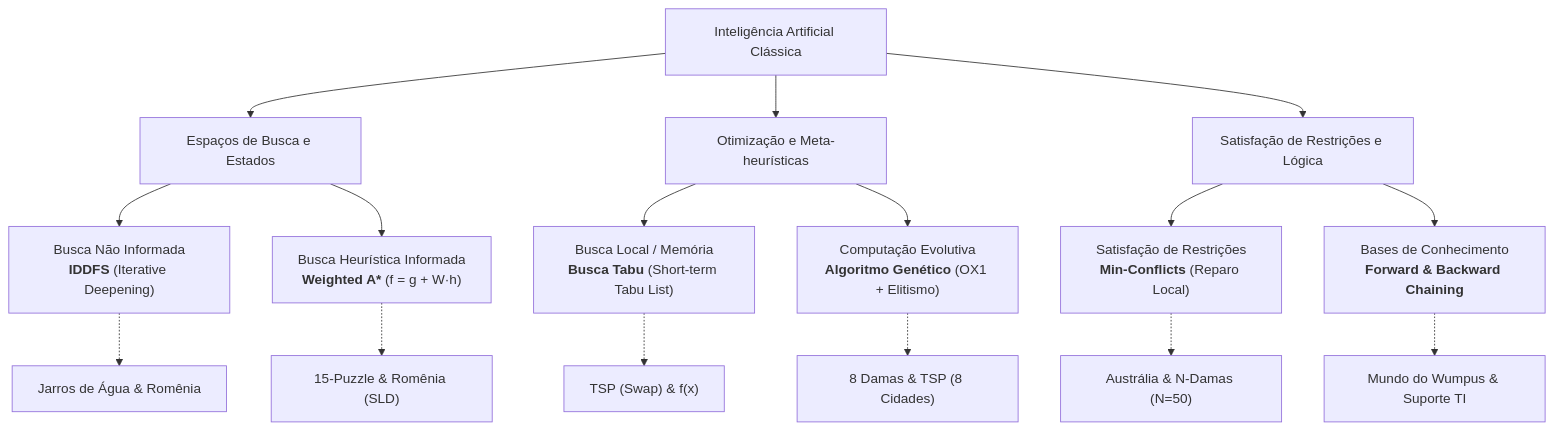
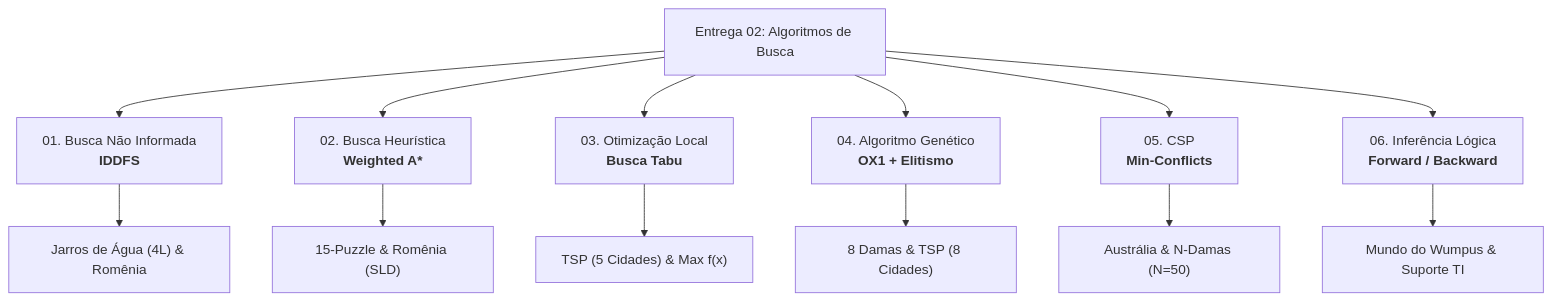
Before and after one commit to pedroG0/ai-portfolio: the diagram in README.md, drawn with Mermaid. The commit also changed other lines of this file and 1 other file, not shown here.

First line of the commit message:
docs: reorganizar relatorio de metodos classicos para Entrega_01 e algoritmos de busca para Entrega_02

````diff
--- a/README.md
+++ b/README.md
@@ -35,24 +54,18 @@
 ```mermaid
 flowchart TD
-    AI["Inteligência Artificial Clássica"]
+    E2["Entrega 02: Algoritmos de Busca"]
     
-    AI --> Search["Espaços de Busca e Estados"]
-    AI --> Opt["Otimização e Meta-heurísticas"]
-    AI --> Logic["Satisfação de Restrições e Lógica"]
+    E2 --> Uninformed["01. Busca Não Informada<br/><b>IDDFS</b>"]
+    E2 --> Informed["02. Busca Heurística<br/><b>Weighted A*</b>"]
+    E2 --> Local["03. Otimização Local<br/><b>Busca Tabu</b>"]
+    E2 --> Evolutionary["04. Algoritmo Genético<br/><b>OX1 + Elitismo</b>"]
+    E2 --> Constraints["05. CSP<br/><b>Min-Conflicts</b>"]
+    E2 --> Logical["06. Inferência Lógica<br/><b>Forward / Backward</b>"]
 
-    Search --> IDDFS["Busca Não Informada<br/><b>IDDFS</b> (Iterative Deepening)"]
-    Search --> WA["Busca Heurística Informada<br/><b>Weighted A*</b> (f = g + W·h)"]
-
-    Opt --> Tabu["Busca Local / Memória<br/><b>Busca Tabu</b> (Short-term Tabu List)"]
-    Opt --> GA["Computação Evolutiva<br/><b>Algoritmo Genético</b> (OX1 + Elitismo)"]
-
-    Logic --> CSP["Satisfação de Restrições<br/><b>Min-Conflicts</b> (Reparo Local)"]
-    Logic --> KR["Bases de Conhecimento<br/><b>Forward & Backward Chaining</b>"]
-
-    IDDFS -.-> Jarros["Jarros de Água & Romênia"]
-    WA -.-> Puzzle["15-Puzzle & Romênia (SLD)"]
-    Tabu -.-> TSP1["TSP (Swap) & f(x)"]
-    GA -.-> Queens["8 Damas & TSP (8 Cidades)"]
-    CSP -.-> Australia["Austrália & N-Damas (N=50)"]
-    KR -.-> Wumpus["Mundo do Wumpus & Suporte TI"]
+    Uninformed --> P1["Jarros de Água (4L) & Romênia"]
+    Informed --> P2["15-Puzzle & Romênia (SLD)"]
+    Local --> P3["TSP (5 Cidades) & Max f(x)"]
+    Evolutionary --> P4["8 Damas & TSP (8 Cidades)"]
+    Constraints --> P5["Austrália & N-Damas (N=50)"]
+    Logical --> P6["Mundo do Wumpus & Suporte TI"]
 ```
````
